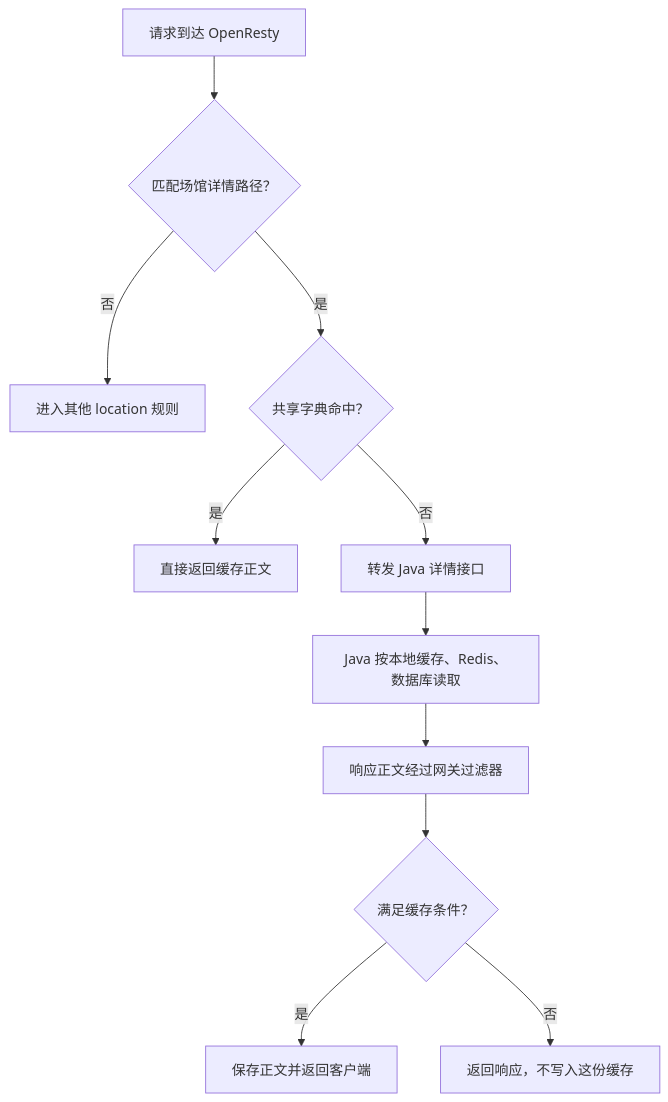
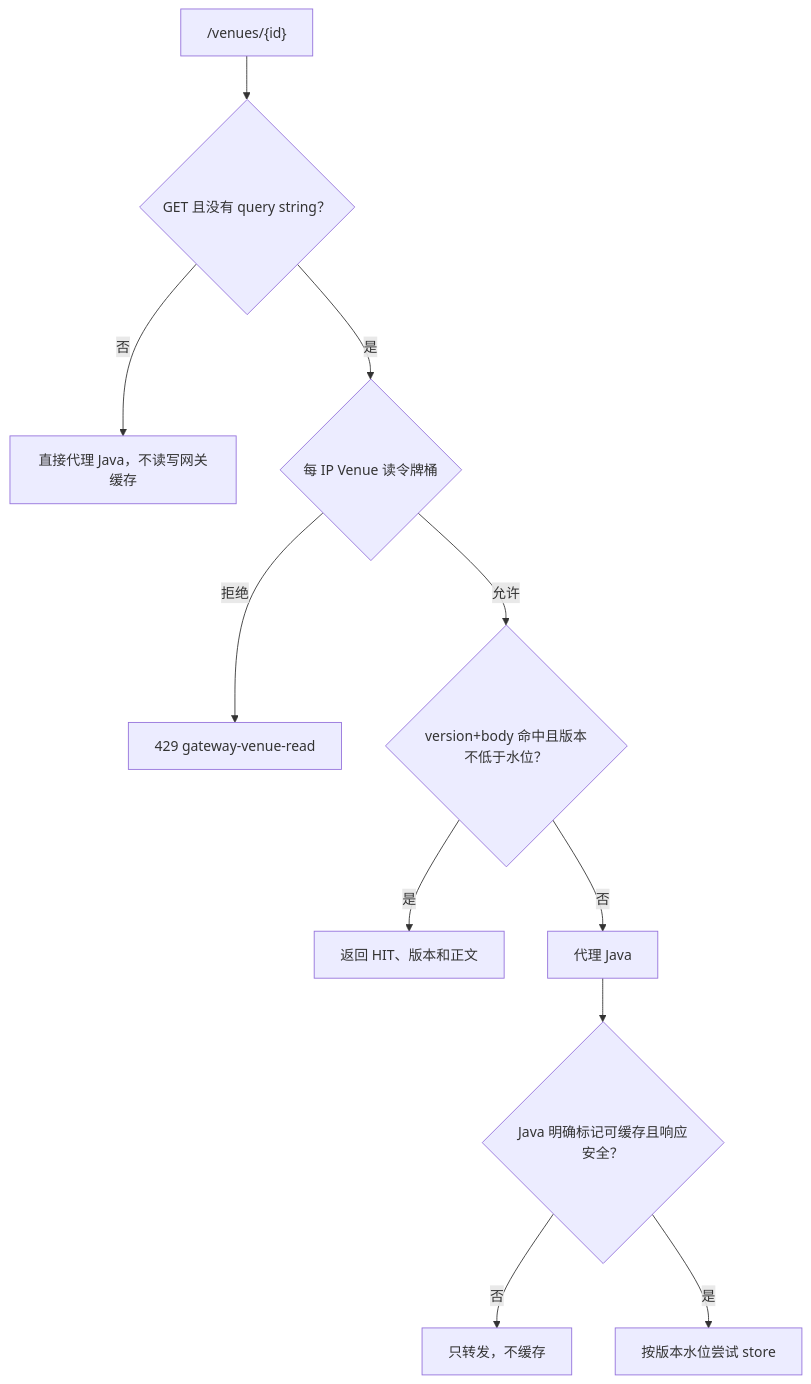
The sixth of 8 diagrams in 02-多级缓存一致性.md (SyH-101/citypass-platform), drawn with Mermaid before and after one commit. The commit also changed other lines of this file, not shown here.

````diff
--- a/02-多级缓存一致性.md
+++ b/02-多级缓存一致性.md
@@ -959,13 +988,13 @@
 ```mermaid
 flowchart TD
-    A["请求到达 OpenResty"] --> B{"匹配场馆详情路径？"}
-    B -->|否| C["进入其他 location 规则"]
-    B -->|是| D{"共享字典命中？"}
-    D -->|是| E["直接返回缓存正文"]
-    D -->|否| F["转发 Java 详情接口"]
-    F --> G["Java 按本地缓存、Redis、数据库读取"]
-    G --> H["响应正文经过网关过滤器"]
-    H --> I{"满足缓存条件？"}
-    I -->|是| J["保存正文并返回客户端"]
-    I -->|否| K["返回响应，不写入这份缓存"]
+    A["/venues/{id}"] --> B{"GET 且没有 query string？"}
+    B -->|否| C["直接代理 Java，不读写网关缓存"]
+    B -->|是| D{"每 IP Venue 读令牌桶"}
+    D -->|拒绝| E["429 gateway-venue-read"]
+    D -->|允许| F{"version+body 命中且版本不低于水位？"}
+    F -->|是| G["返回 HIT、版本和正文"]
+    F -->|否| H["代理 Java"]
+    H --> I{"Java 明确标记可缓存且响应安全？"}
+    I -->|否| J["只转发，不缓存"]
+    I -->|是| K["按版本水位尝试 store"]
 ```
````
